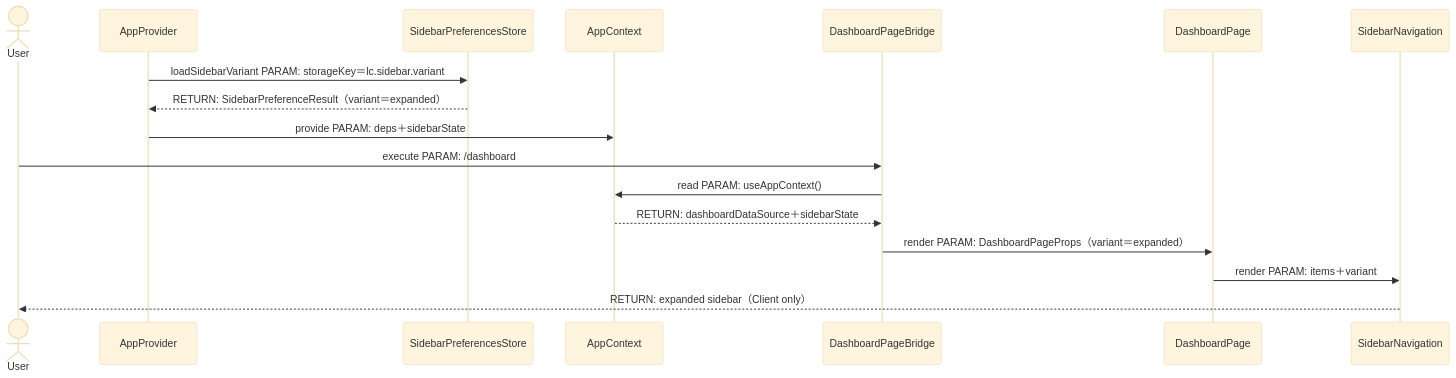
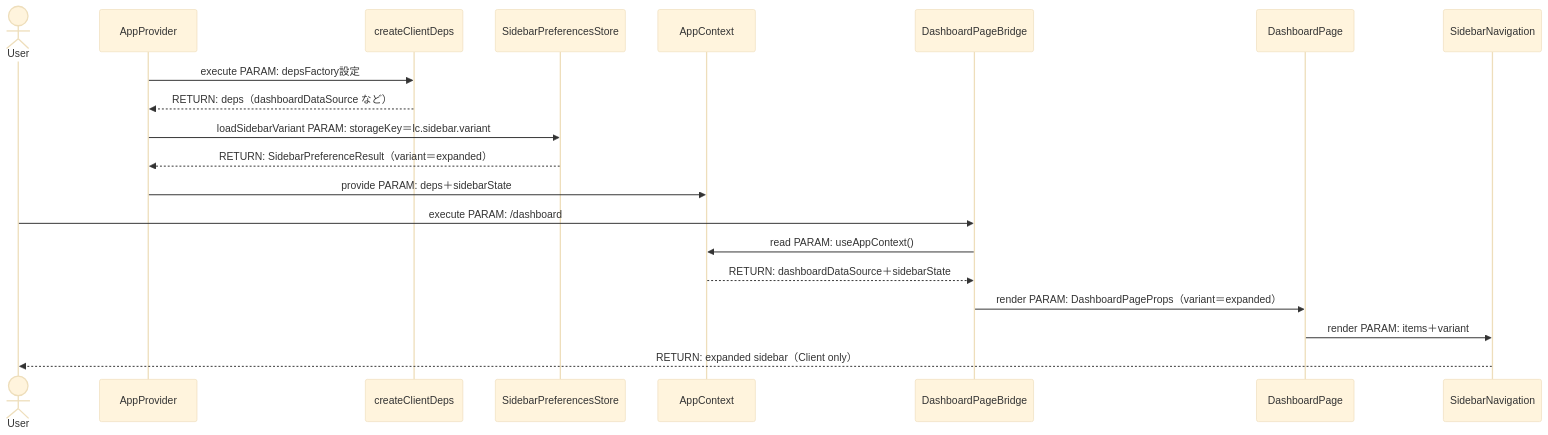
The first of 11 diagrams in .github/copilot/plans/127-layout-sidebar-nav-rail.md (LevelCapTech/Agile-PMBOK-Assist), drawn with Mermaid (base theme) before and after one commit. The commit also changed other lines of this file, not shown here.

First line of the commit message:
fix: 設計図の型整合を更新

````diff
--- a/.github/copilot/plans/127-layout-sidebar-nav-rail.md
+++ b/.github/copilot/plans/127-layout-sidebar-nav-rail.md
@@ -443,20 +443,23 @@
 ```mermaid
 sequenceDiagram
   actor User
   participant AppProvider
+  participant createClientDeps
   participant SidebarPreferencesStore
   participant AppContext
   participant DashboardPageBridge
   participant DashboardPage
   participant SidebarNavigation
 
+  AppProvider->>createClientDeps: execute PARAM: depsFactory設定
+  createClientDeps-->>AppProvider: RETURN: deps（dashboardDataSource など）
   AppProvider->>SidebarPreferencesStore: loadSidebarVariant PARAM: storageKey＝lc.sidebar.variant
   SidebarPreferencesStore-->>AppProvider: RETURN: SidebarPreferenceResult（variant＝expanded）
   AppProvider->>AppContext: provide PARAM: deps＋sidebarState
   User->>DashboardPageBridge: execute PARAM: /dashboard
   DashboardPageBridge->>AppContext: read PARAM: useAppContext()
   AppContext-->>DashboardPageBridge: RETURN: dashboardDataSource＋sidebarState
   DashboardPageBridge->>DashboardPage: render PARAM: DashboardPageProps（variant＝expanded）
   DashboardPage->>SidebarNavigation: render PARAM: items＋variant
   SidebarNavigation-->>User: RETURN: expanded sidebar（Client only）
 ```
````
